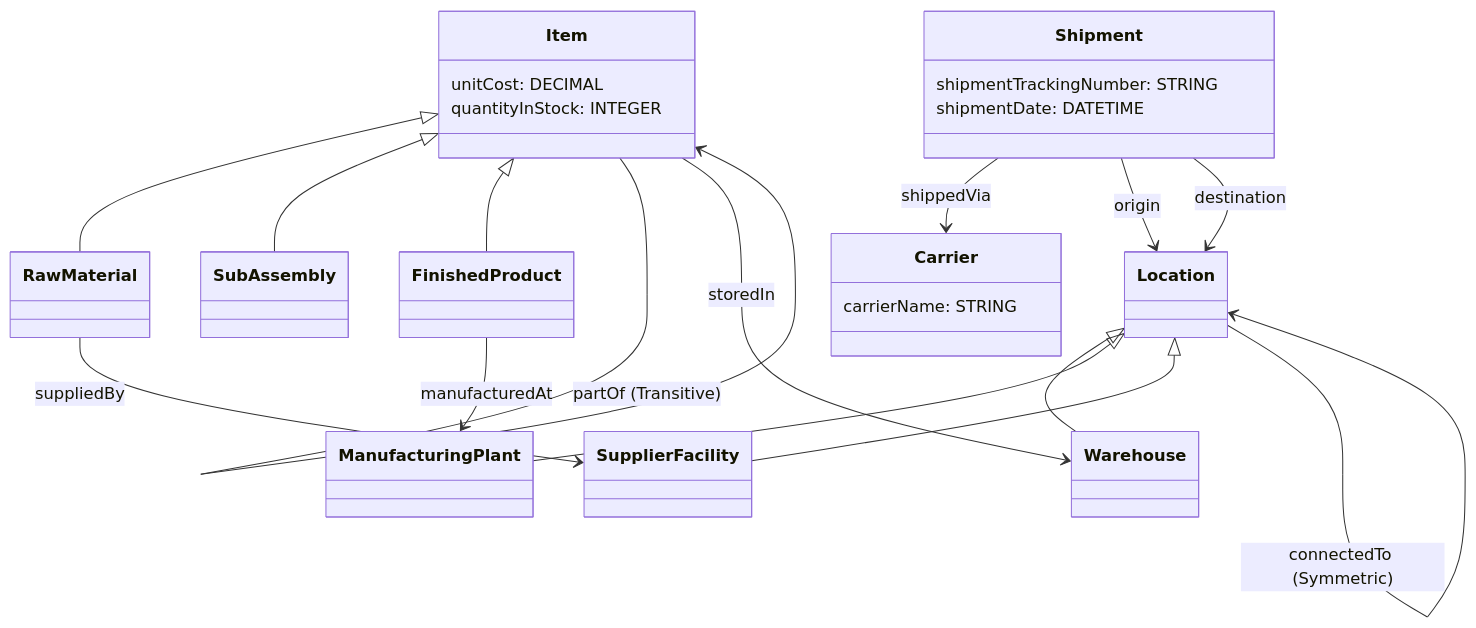
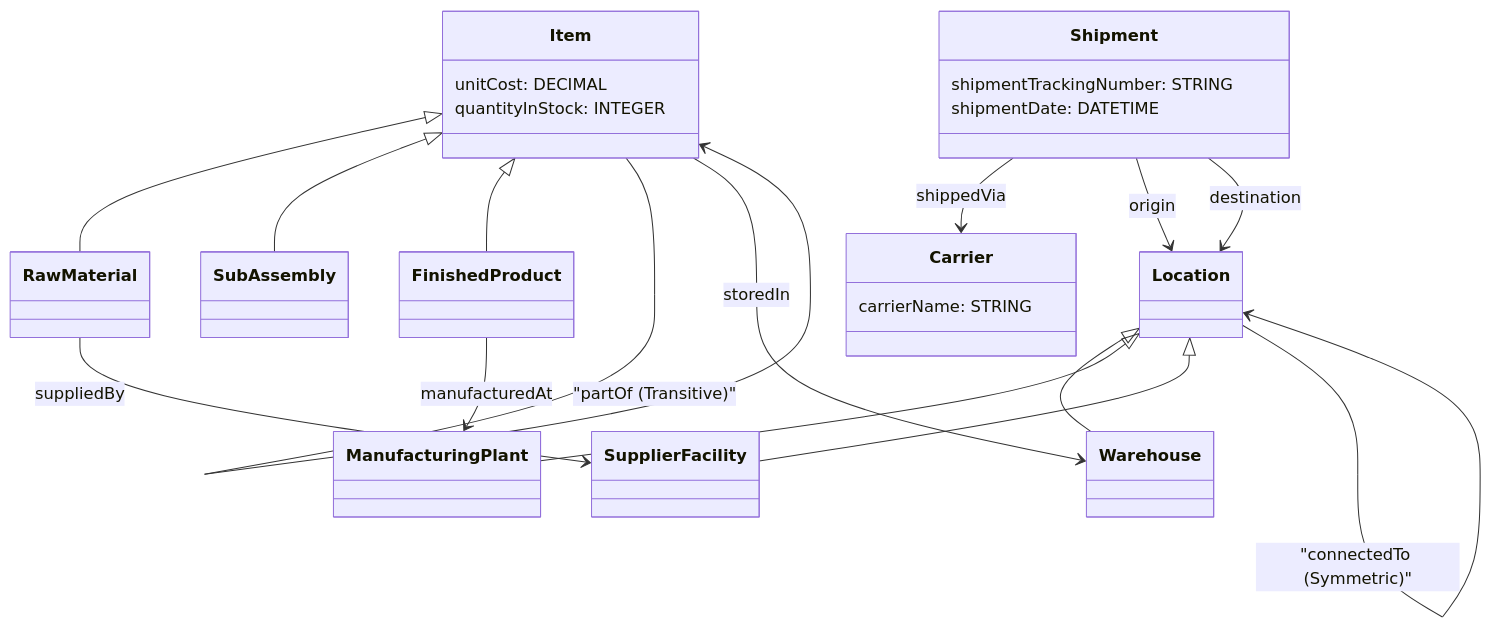
The sixth of 12 diagrams in examples/README.md (hasseeb-ai/rdf-shacl-to-spanner-graph), drawn with Mermaid before and after one commit. The commit also changed other lines of this file, not shown here.

````diff
--- a/examples/README.md
+++ b/examples/README.md
@@ -195,38 +195,38 @@
 ```mermaid
 classDiagram
   direction TD
   class Location
   class Warehouse
   class ManufacturingPlant
   class SupplierFacility
   class Item {
     unitCost: DECIMAL
     quantityInStock: INTEGER
   }
   class RawMaterial
   class SubAssembly
   class FinishedProduct
   class Shipment {
     shipmentTrackingNumber: STRING
     shipmentDate: DATETIME
   }
   class Carrier {
     carrierName: STRING
   }
 
   Location <|-- Warehouse
   Location <|-- ManufacturingPlant
   Location <|-- SupplierFacility
   Item <|-- RawMaterial
   Item <|-- SubAssembly
   Item <|-- FinishedProduct
 
-  Item --> Item : partOf (Transitive)
+  Item --> Item : "partOf (Transitive)"
   RawMaterial --> SupplierFacility : suppliedBy
   FinishedProduct --> ManufacturingPlant : manufacturedAt
   Item --> Warehouse : storedIn
   Shipment --> Carrier : shippedVia
   Shipment --> Location : origin
   Shipment --> Location : destination
-  Location --> Location : connectedTo (Symmetric)
+  Location --> Location : "connectedTo (Symmetric)"
 ```
````
